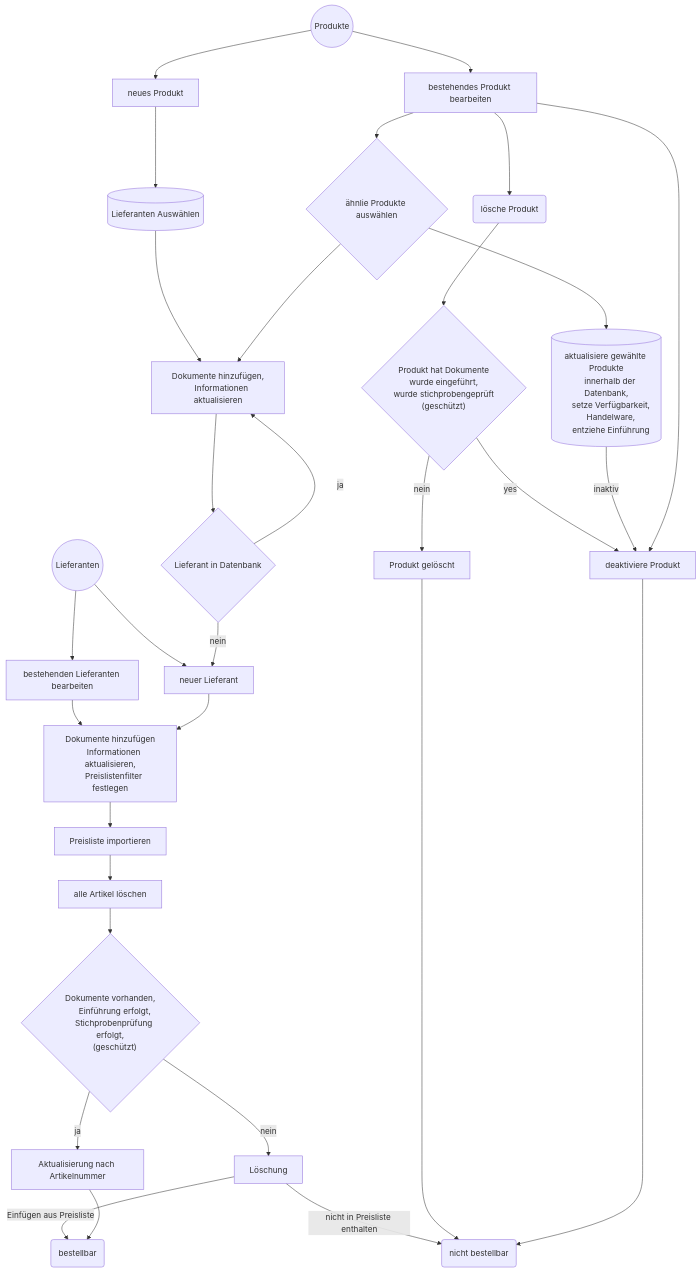
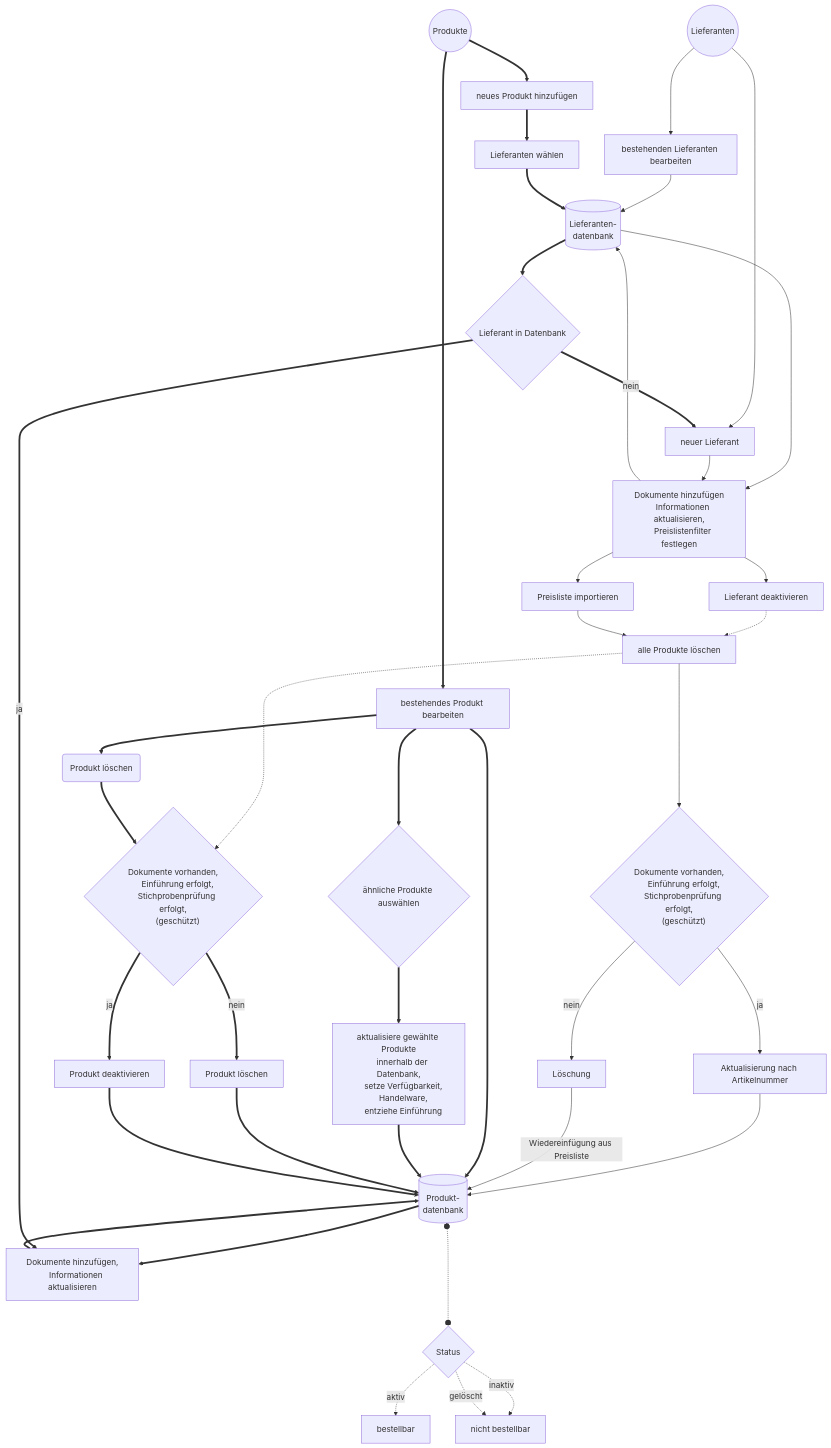
Before and after one commit to erroronline1/caro: the sixth of 7 diagrams in readme.de.md, drawn with Mermaid. The commit also changed other lines of this file and 1 other file, not shown here.

Commit message:
flowcharts updates

````diff
--- a/readme.de.md
+++ b/readme.de.md
@@ -702,49 +725,61 @@
 ```mermaid
 graph TD;
-    manage_vendors((Lieferanten))-->edit_vendor[bestehenden Lieferanten bearbeiten];
+    manage_vendors((Lieferanten))--->edit_vendor[bestehenden Lieferanten bearbeiten];
+    edit_vendor-->vendor_db[("Lieferanten-
+    datenbank")];
     manage_vendors-->new_vendor[neuer Lieferant];
-    edit_vendor-->add_vinfo["Dokumente hinzufügen
+    vendor_db-->add_vinfo["Dokumente hinzufügen
     Informationen aktualisieren,
     Preislistenfilter festlegen"];
     new_vendor-->add_vinfo;
+    add_vinfo-->vendor_db;
+    add_vinfo-->inactivate_vendor[Lieferant deaktivieren];
+    inactivate_vendor-.->delete_all_products[alle Produkte löschen];
     add_vinfo-->import_pricelist[Preisliste importieren];
-    import_pricelist-->delete_all_products[alle Artikel löschen];
+    import_pricelist-->delete_all_products;
     delete_all_products-->has_docs2{"Dokumente vorhanden,
     Einführung erfolgt,
     Stichprobenprüfung erfolgt,
     (geschützt)"};
-    has_docs2-->|ja|update[Aktualisierung nach Artikelnummer];
+    delete_all_products-...->has_docs{"Dokumente vorhanden,
+    Einführung erfolgt,
+    Stichprobenprüfung erfolgt,
+    (geschützt)"};
+    has_docs2-->|ja|update["Aktualisierung nach Artikelnummer"];
+    update-->product_db[("Produkt-
+    datenbank")];
     has_docs2-->|nein|delete[Löschung];
-    delete-->|Einfügen aus Preisliste|orderable(bestellbar);
-    delete-->|nicht in Preisliste enthalten|inorderable(nicht bestellbar)
-    update-->orderable;
+    delete-->|Wiedereinfügung aus Preisliste|product_db;
+    
+    manage_products((Produkte))==>edit_product[bestehendes Produkt bearbeiten];
+    edit_product==>product_db;
+    product_db==>add_pinfo["Dokumente hinzufügen,
+    Informationen aktualisieren"];
+    manage_products==>add_product[neues Produkt hinzufügen];
+    add_product==>select_vendor[Lieferanten wählen];
+    select_vendor==>vendor_db;
+    vendor_db==>known_vendor{Lieferant in Datenbank};
+    known_vendor==>|ja|add_pinfo;
+    known_vendor==>|nein|new_vendor
 
-    manage_products((Produkte))-->edit_product[bestehendes Produkt bearbeiten];
-    manage_products-->add_product[neues Produkt];
-    add_product-->select_vendor[(Lieferanten Auswählen)];
-    select_vendor-->add_pinfo["Dokumente hinzufügen,
-    Information aktualiseren"];
-    add_pinfo-->known_vendor;
+    add_pinfo==>product_db;
 
-    edit_product-->similar{ähnlie Produkte auswählen};
-    similar-->add_pinfo["Dokumente hinzufügen,
-    Informationen aktualisieren"];
-    similar-->database[("aktualisiere gewählte Produkte
+    edit_product==>similar{ähnliche Produkte auswählen};
+    similar==>update2["aktualisiere gewählte Produkte
     innerhalb der Datenbank,
     setze Verfügbarkeit,
     Handelware,
-    entziehe Einführung")];
-    known_vendor{Lieferant in Datenbank}-->|ja|add_pinfo;
-    known_vendor-->|nein|new_vendor
-    edit_product-->delete_product(lösche Produkt);
-    delete_product-->has_docs{"Produkt hat Dokumente
-    wurde eingeführt,
-    wurde stichprobengeprüft
-    (geschützt)"};
-    has_docs-->|nein|product_deleted["Produkt gelöscht"];
-    has_docs-->|yes|product_inactive["deaktiviere Produkt"];
-    database-->|inaktiv|product_inactive
-    product_deleted-->inorderable;
-    product_inactive-->inorderable;
-    edit_product-->product_inactive;
+    entziehe Einführung"];
+    update2==>product_db;
+    edit_product==>delete_product(Produkt löschen);
+    delete_product==>has_docs;
+    has_docs==>|nein|product_deleted["Produkt löschen"];
+    has_docs==>|ja|product_inactive["Produkt deaktivieren"];
+    product_deleted==>product_db;
+    product_inactive==>product_db;
+
+    product_db o-..-o state{Status};
+    state-.->|aktiv|orderable[bestellbar];
+    state-.->|inaktiv|inorderable[nicht bestellbar];
+    state-.->|gelöscht|inorderable;
 ```
````
